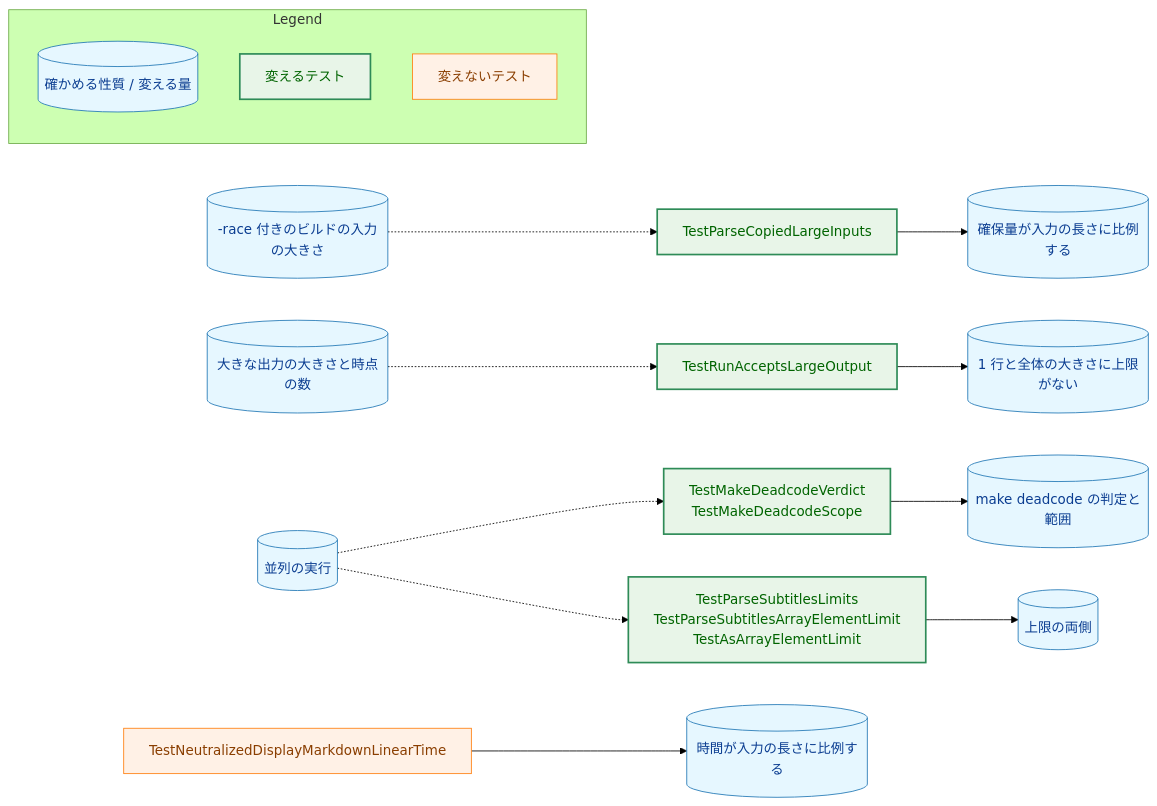
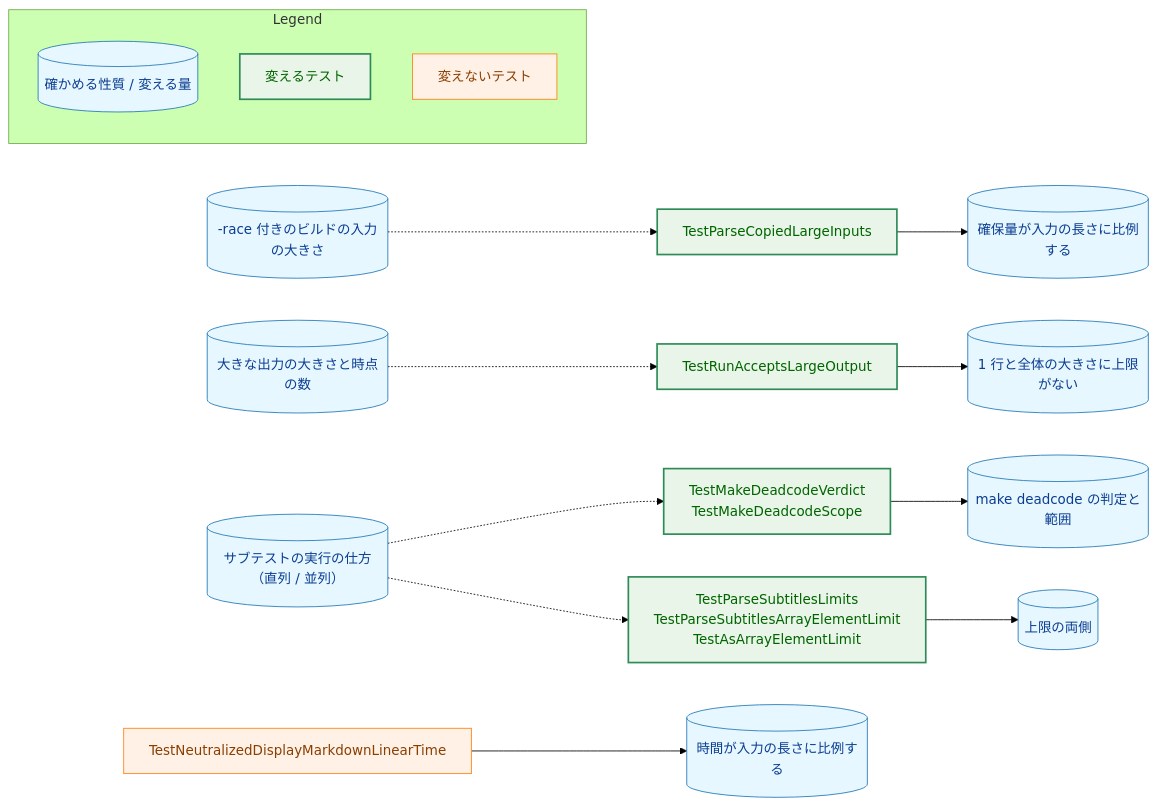
Before and after one commit to isseis/yt2column: the first of 5 diagrams in docs/tasks/0129_race_test_speedup/02_architecture.md, drawn with Mermaid (forest theme). The commit also changed other lines of this file and 1 other file, not shown here.

First line of the commit message:
docs(0129): address the architecture review and improve its prose

````diff
--- a/docs/tasks/0129_race_test_speedup/02_architecture.md
+++ b/docs/tasks/0129_race_test_speedup/02_architecture.md
@@ -61,45 +63,45 @@
 ```mermaid
 flowchart LR
     classDef data fill:#e6f7ff,stroke:#1f77b4,stroke-width:1px,color:#0b3d91;
     classDef process fill:#fff1e6,stroke:#ff7f0e,stroke-width:1px,color:#8a3e00;
     classDef enhanced fill:#e8f5e8,stroke:#2e8b57,stroke-width:2px,color:#006400;
 
     LARGEIN["TestParseCopiedLargeInputs"]
     LARGEOUT["TestRunAcceptsLargeOutput"]
     DEAD["TestMakeDeadcodeVerdict<br>TestMakeDeadcodeScope"]
     BOUND["TestParseSubtitlesLimits<br>TestParseSubtitlesArrayElementLimit<br>TestAsArrayElementLimit"]
     LINEAR["TestNeutralizedDisplayMarkdownLinearTime"]
 
     P1[("確保量が入力の長さに比例する")]
     P2[("1 行と全体の大きさに上限がない")]
     P3[("make deadcode の判定と範囲")]
     P4[("上限の両側")]
     P5[("時間が入力の長さに比例する")]
 
     S1[("-race 付きのビルドの入力の大きさ")]
     S2[("大きな出力の大きさと時点の数")]
-    S3[("並列の実行")]
+    S3[("サブテストの実行の仕方（直列 / 並列）")]
 
     LARGEIN --> P1
     LARGEOUT --> P2
     DEAD --> P3
     BOUND --> P4
     LINEAR --> P5
     S1 -.-> LARGEIN
     S2 -.-> LARGEOUT
     S3 -.-> DEAD
     S3 -.-> BOUND
 
     class P1,P2,P3,P4,P5,S1,S2,S3 data
     class LARGEIN,LARGEOUT,DEAD,BOUND enhanced
     class LINEAR process
 
     subgraph Legend["Legend"]
         L1[("確かめる性質 / 変える量")]
         L2["変えるテスト"]
         L3["変えないテスト"]
     end
     class L1 data
     class L2 enhanced
     class L3 process
 ```
````
